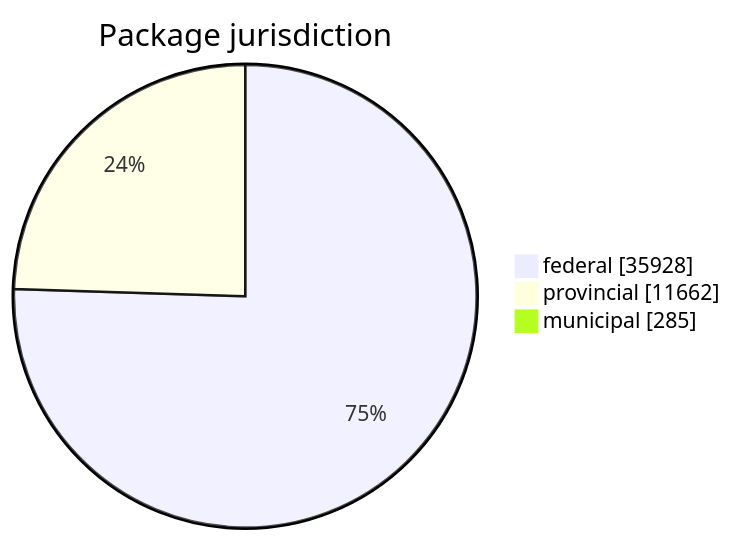
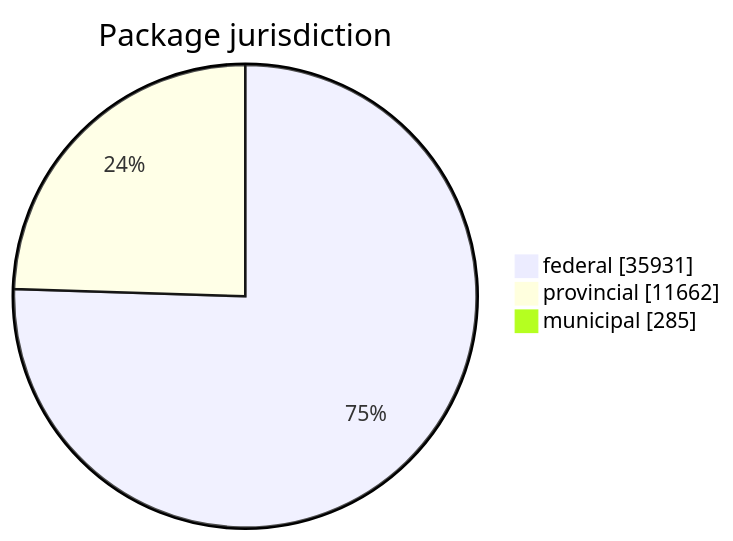
The first of 5 diagrams in FreshCheck/README.md (open-data/analytics-corporate-reporting), drawn with Mermaid before and after one commit. The commit also changed other lines of this file and 3 other files, not shown here.

````diff
--- a/FreshCheck/README.md
+++ b/FreshCheck/README.md
@@ -60,6 +60,6 @@
 ```mermaid
 pie showData title Package jurisdiction
-    "federal": 35928
+    "federal": 35931
     "provincial": 11662
     "municipal": 285
 ```
````
